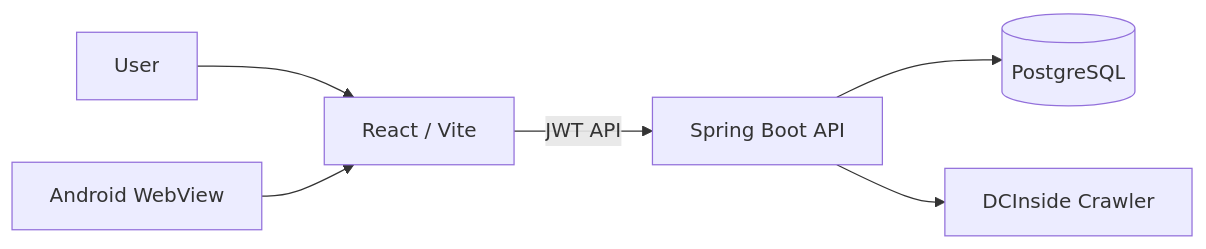
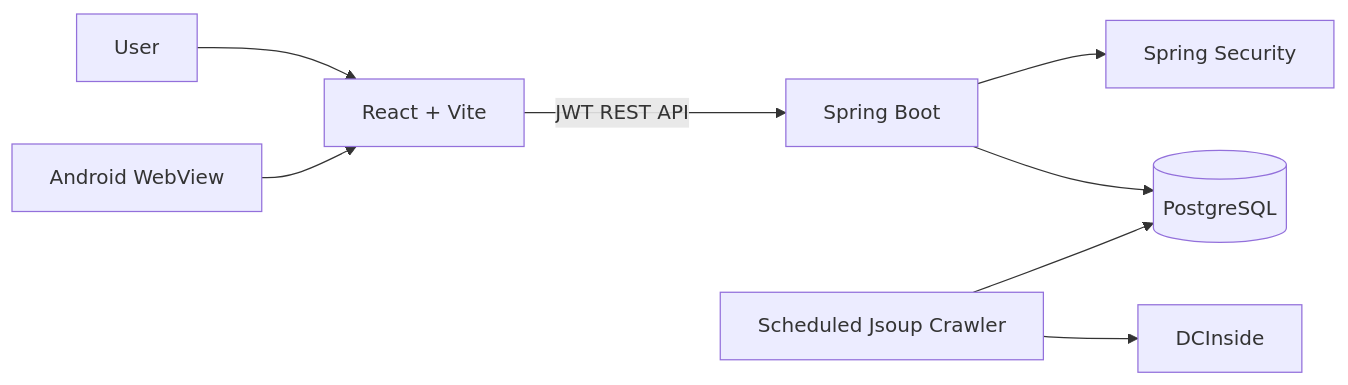
The second of 2 diagrams in README.md (dh1180/GoldenDaughter_FrontEnd), drawn with Mermaid before and after one commit. The commit also changed other lines of this file, not shown here.

````diff
--- a/README.md
+++ b/README.md
@@ -74,8 +146,10 @@
 ```mermaid
 graph LR
-    U[User] --> W[React / Vite]
-    A[Android WebView] --> W
-    W -->|JWT API| B[Spring Boot API]
-    B --> P[(PostgreSQL)]
-    B --> D[DCInside Crawler]
+    U["User"] --> F["React + Vite"]
+    A["Android WebView"] --> F
+    F -->|"JWT REST API"| B["Spring Boot"]
+    B --> S["Spring Security"]
+    B --> P[("PostgreSQL")]
+    C["Scheduled Jsoup Crawler"] --> D["DCInside"]
+    C --> P
 ```
````
